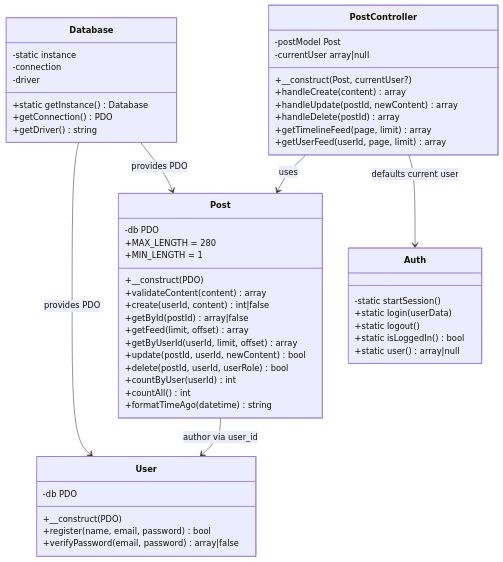
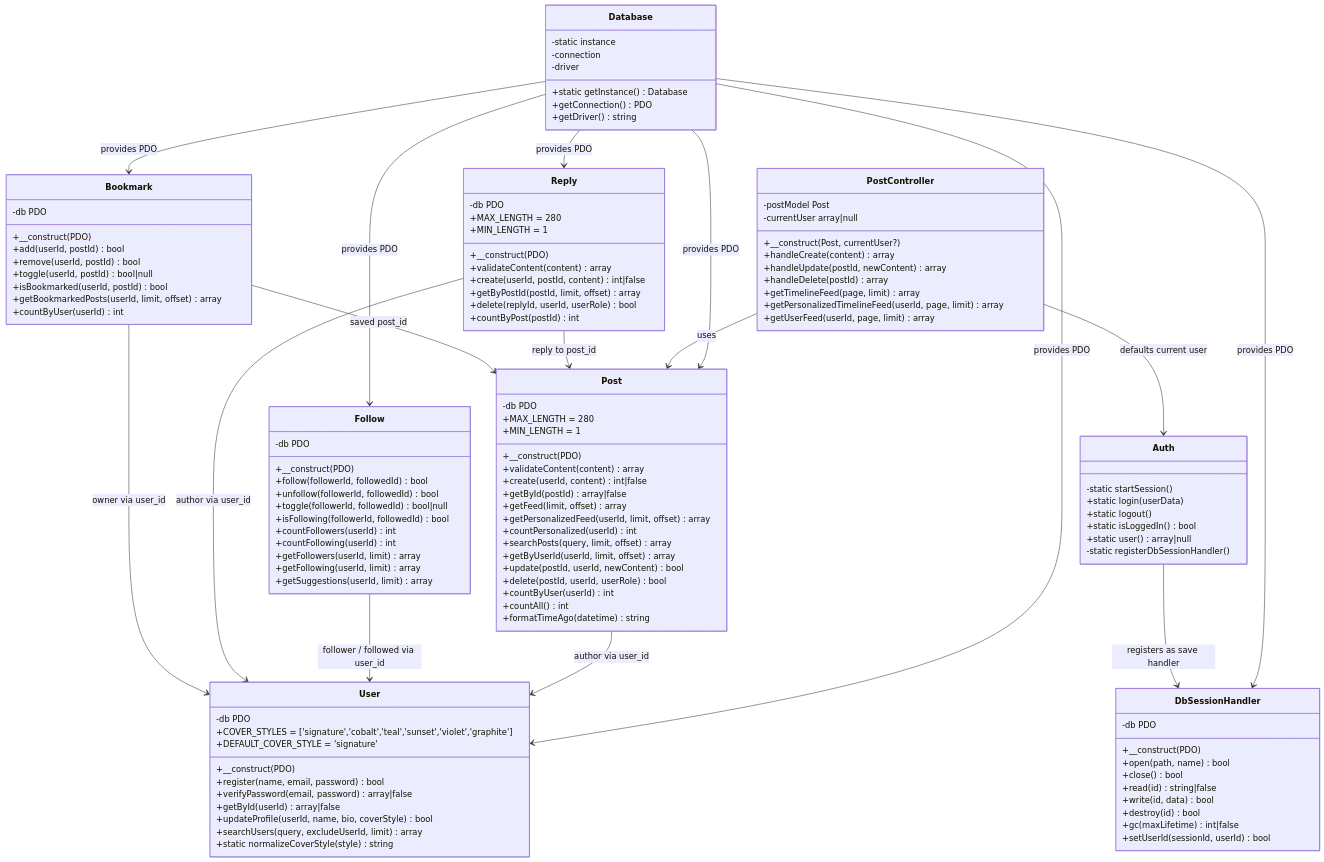
The first of 2 diagrams in docs/uml-class-diagram-erd.md (muddassir1935/ASPM-PROJECT-), drawn with Mermaid before and after one commit. The commit also changed other lines of this file and 3 other files, not shown here.

Commit message:
docs(sprint-3): SRS increment, UML/ERD, WBS mapping, Sprint 3 review/retro (WBS 3.6)

````diff
--- a/docs/uml-class-diagram-erd.md
+++ b/docs/uml-class-diagram-erd.md
@@ -18,9 +19,15 @@
     }
     class User {
         -db PDO
+        +COVER_STYLES = ['signature','cobalt','teal','sunset','violet','graphite']
+        +DEFAULT_COVER_STYLE = 'signature'
         +__construct(PDO)
         +register(name, email, password) bool
         +verifyPassword(email, password) array|false
+        +getById(userId) array|false
+        +updateProfile(userId, name, bio, coverStyle) bool
+        +searchUsers(query, excludeUserId, limit) array
+        +static normalizeCoverStyle(style) string
     }
     class Auth {
         -static startSession()
@@ -28,6 +35,52 @@
         +static logout()
         +static isLoggedIn() bool
         +static user() array|null
+        -static registerDbSessionHandler()
+    }
+    class DbSessionHandler {
+        -db PDO
+        +__construct(PDO)
+        +open(path, name) bool
+        +close() bool
+        +read(id) string|false
+        +write(id, data) bool
+        +destroy(id) bool
+        +gc(maxLifetime) int|false
+        +setUserId(sessionId, userId) bool
+    }
+    class Follow {
+        -db PDO
+        +__construct(PDO)
+        +follow(followerId, followedId) bool
+        +unfollow(followerId, followedId) bool
+        +toggle(followerId, followedId) bool|null
+        +isFollowing(followerId, followedId) bool
+        +countFollowers(userId) int
+        +countFollowing(userId) int
+        +getFollowers(userId, limit) array
+        +getFollowing(userId, limit) array
+        +getSuggestions(userId, limit) array
+    }
+    class Reply {
+        -db PDO
+        +MAX_LENGTH = 280
+        +MIN_LENGTH = 1
+        +__construct(PDO)
+        +validateContent(content) array
+        +create(userId, postId, content) int|false
+        +getByPostId(postId, limit, offset) array
+        +delete(replyId, userId, userRole) bool
+        +countByPost(postId) int
+    }
+    class Bookmark {
+        -db PDO
+        +__construct(PDO)
+        +add(userId, postId) bool
+        +remove(userId, postId) bool
+        +toggle(userId, postId) bool|null
+        +isBookmarked(userId, postId) bool
+        +getBookmarkedPosts(userId, limit, offset) array
+        +countByUser(userId) int
     }
     class Post {
         -db PDO
@@ -38,6 +91,9 @@
         +create(userId, content) int|false
         +getById(postId) array|false
         +getFeed(limit, offset) array
+        +getPersonalizedFeed(userId, limit, offset) array
+        +countPersonalized(userId) int
+        +searchPosts(query, limit, offset) array
         +getByUserId(userId, limit, offset) array
         +update(postId, userId, newContent) bool
         +delete(postId, userId, userRole) bool
@@ -53,11 +109,22 @@
         +handleUpdate(postId, newContent) array
         +handleDelete(postId) array
         +getTimelineFeed(page, limit) array
+        +getPersonalizedTimelineFeed(userId, page, limit) array
         +getUserFeed(userId, page, limit) array
     }
     Database --> User : provides PDO
     Database --> Post : provides PDO
+    Database --> Follow : provides PDO
+    Database --> Reply : provides PDO
+    Database --> Bookmark : provides PDO
+    Database --> DbSessionHandler : provides PDO
+    Auth --> DbSessionHandler : registers as save handler
     PostController --> Post : uses
     PostController --> Auth : defaults current user
     Post --> User : author via user_id
+    Follow --> User : follower / followed via user_id
+    Reply --> Post : reply to post_id
+    Reply --> User : author via user_id
+    Bookmark --> Post : saved post_id
+    Bookmark --> User : owner via user_id
 ```
````
